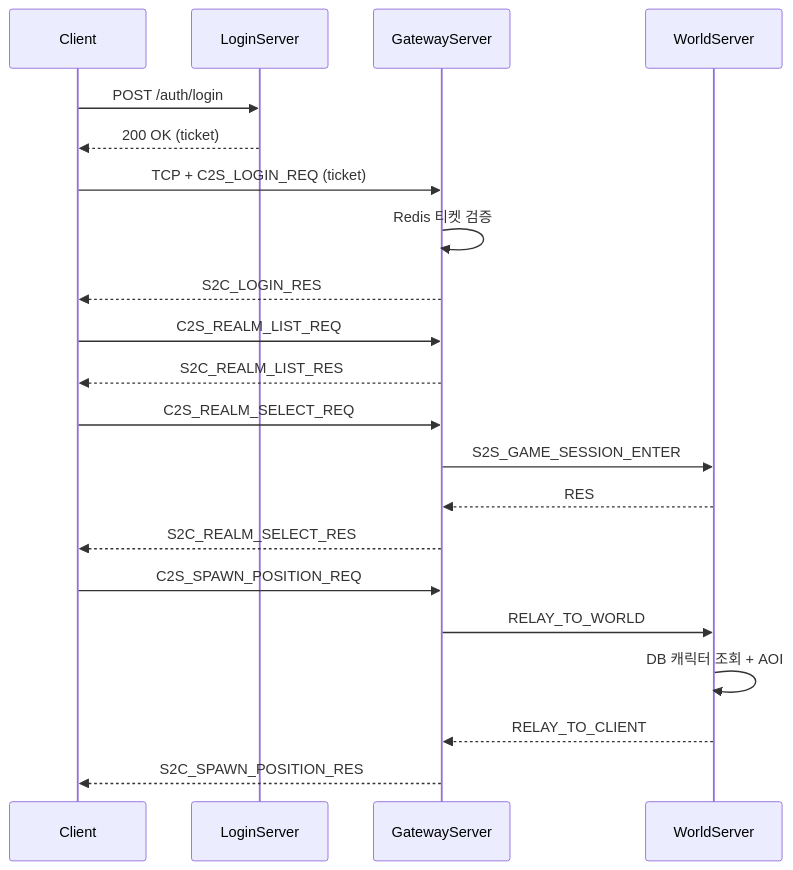
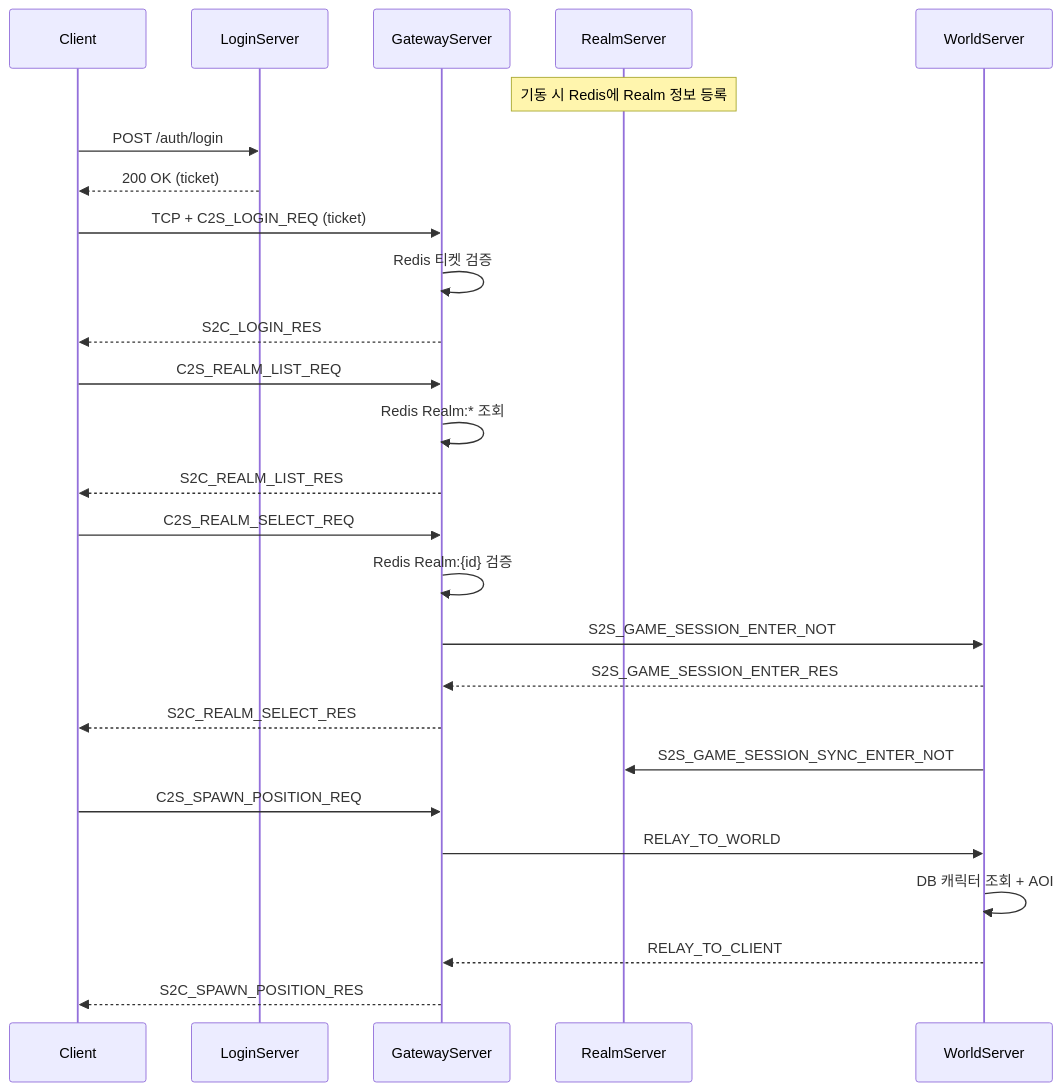
Before and after one commit to jch5158/DH1_MMORPG: the fourth of 7 diagrams in README.md, drawn with Mermaid.

Commit message:
docs: 패킷 흐름에 RealmServer 추가 — Redis 렐름 등록/조회, World→Realm 세션 동기화 반영

````diff
--- a/README.md
+++ b/README.md
@@ -125,28 +125,34 @@
 ```mermaid
 sequenceDiagram
     participant C as Client
     participant L as LoginServer
     participant G as GatewayServer
+    participant R as RealmServer
     participant W as WorldServer
+
+    Note over R: 기동 시 Redis에 Realm 정보 등록
 
     C->>L: POST /auth/login
     L-->>C: 200 OK (ticket)
 
     C->>G: TCP + C2S_LOGIN_REQ (ticket)
     G->>G: Redis 티켓 검증
     G-->>C: S2C_LOGIN_RES
 
     C->>G: C2S_REALM_LIST_REQ
+    G->>G: Redis Realm:* 조회
     G-->>C: S2C_REALM_LIST_RES
 
     C->>G: C2S_REALM_SELECT_REQ
-    G->>W: S2S_GAME_SESSION_ENTER
-    W-->>G: RES
+    G->>G: Redis Realm:{id} 검증
+    G->>W: S2S_GAME_SESSION_ENTER_NOT
+    W-->>G: S2S_GAME_SESSION_ENTER_RES
     G-->>C: S2C_REALM_SELECT_RES
+    W->>R: S2S_GAME_SESSION_SYNC_ENTER_NOT
 
     C->>G: C2S_SPAWN_POSITION_REQ
     G->>W: RELAY_TO_WORLD
     W->>W: DB 캐릭터 조회 + AOI
     W-->>G: RELAY_TO_CLIENT
     G-->>C: S2C_SPAWN_POSITION_RES
 ```
````
